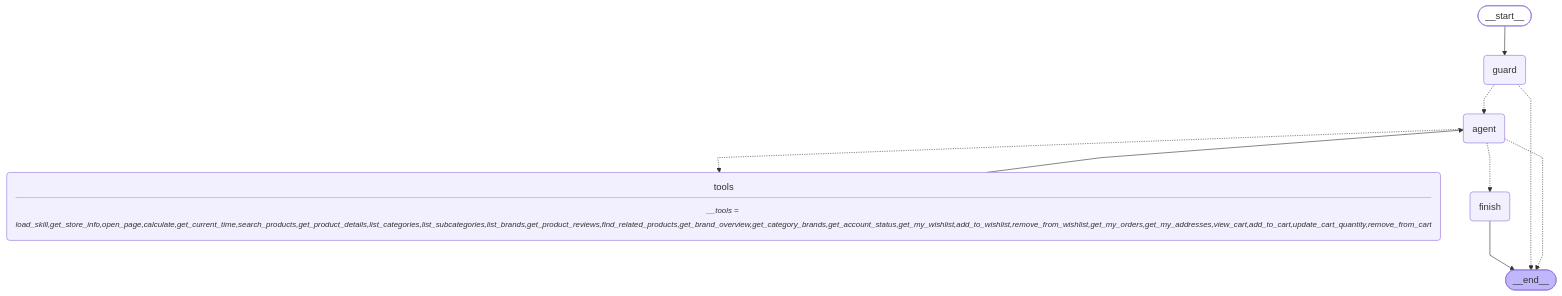
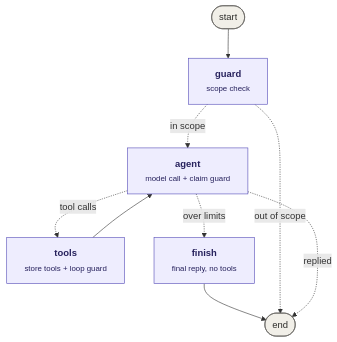
Before and after one commit to MahmoudSalah619/nova-store: the diagram in docs/agent-graph.md, drawn with Mermaid. The commit also changed 2 other files, not shown here.

Commit message:
Label the assistant graph's branches and clean up the drawn diagram
The graph's routers now return named branches ("in scope", "tool calls",
"over limits", ...) mapped to nodes by path maps, so the diagram labels
come from the code. `npm run agent:graph` builds its own Mermaid from the
compiled graph instead of drawMermaid(): start/end nodes, a note per step,
labelled branch arrows and colours that read in light and dark mode.

````diff
--- a/docs/agent-graph.md
+++ b/docs/agent-graph.md
@@ -5,22 +7,19 @@
 ```mermaid
-%%{init: {'flowchart': {'curve': 'linear'}}}%%
-graph TD;
-	__start__([<p>__start__</p>]):::first
-	guard(guard)
-	agent(agent)
-	tools(tools<hr/><small><em>__tools = load_skill,get_store_info,open_page,calculate,get_current_time,search_products,get_product_details,list_categories,list_subcategories,list_brands,get_product_reviews,find_related_products,get_brand_overview,get_category_brands,get_account_status,get_my_wishlist,add_to_wishlist,remove_from_wishlist,get_my_orders,get_my_addresses,view_cart,add_to_cart,update_cart_quantity,remove_from_cart</em></small>)
-	finish(finish)
-	__end__([<p>__end__</p>]):::last
-	__start__ --> guard;
-	finish --> __end__;
-	tools --> agent;
-	guard -.-> agent;
-	guard -.-> __end__;
-	agent -.-> tools;
-	agent -.-> finish;
-	agent -.-> __end__;
-	classDef default fill:#f2f0ff,line-height:1.2;
-	classDef first fill-opacity:0;
-	classDef last fill:#bfb6fc;
-
+flowchart TD
+  __start__([start]):::terminal
+  guard["<b>guard</b><br/><small>scope check</small>"]:::step
+  agent["<b>agent</b><br/><small>model call + claim guard</small>"]:::step
+  tools["<b>tools</b><br/><small>store tools + loop guard</small>"]:::step
+  finish["<b>finish</b><br/><small>final reply, no tools</small>"]:::step
+  __end__([end]):::terminal
+  __start__ --> guard
+  finish --> __end__
+  tools --> agent
+  guard -.->|in scope| agent
+  guard -.->|out of scope| __end__
+  agent -.->|tool calls| tools
+  agent -.->|over limits| finish
+  agent -.->|replied| __end__
+  classDef step fill:#EEEDFE,stroke:#534AB7,color:#26215C
+  classDef terminal fill:#F1EFE8,stroke:#5F5E5A,color:#2C2C2A
 ```
````
